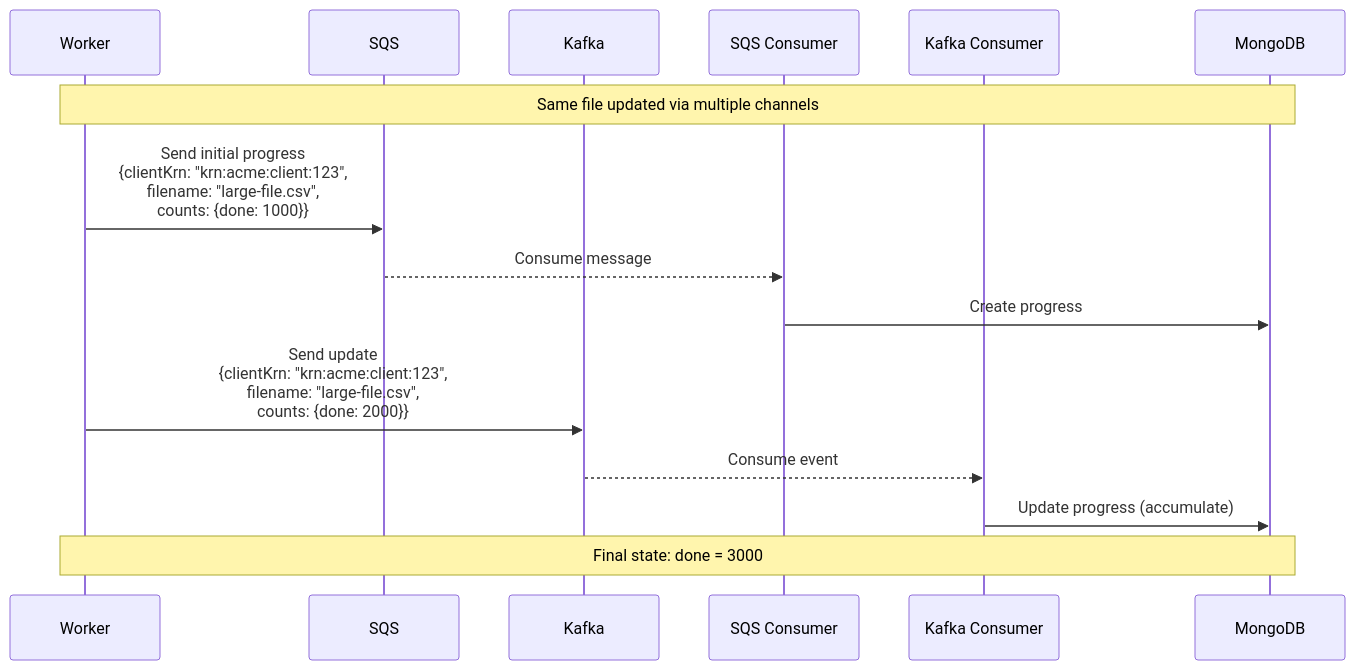
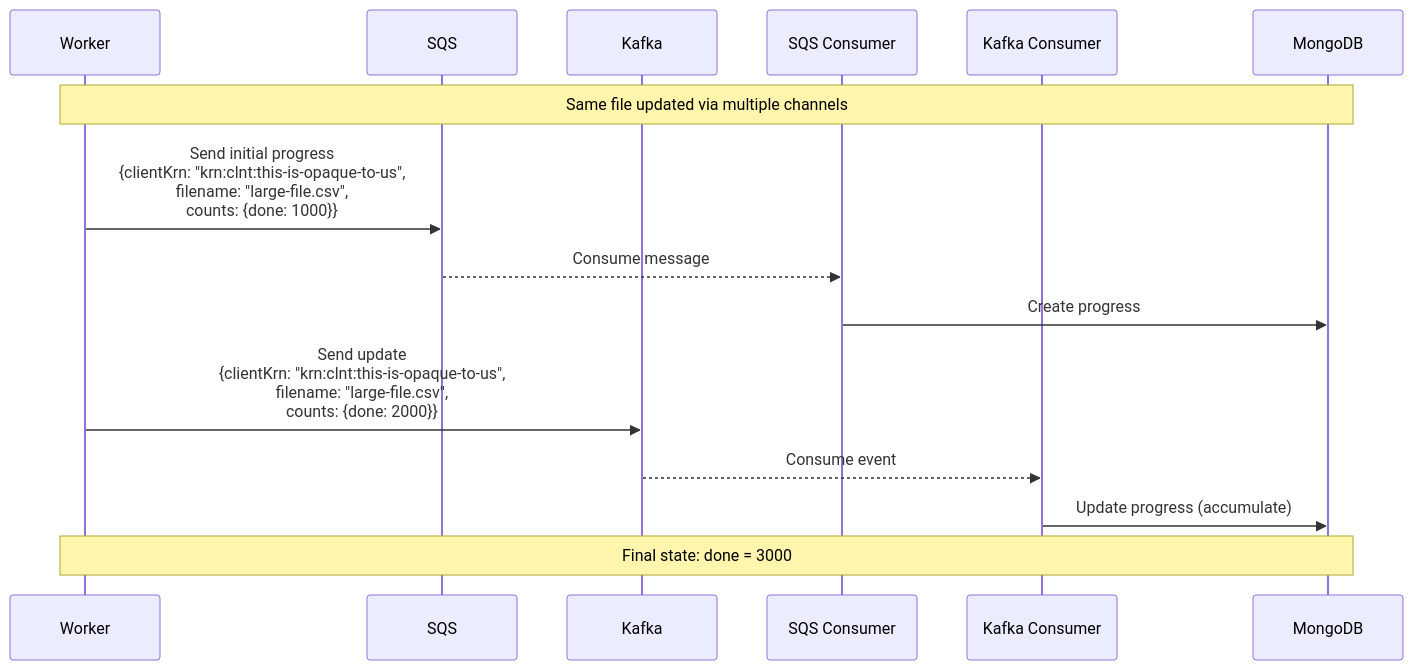
The sixth of 10 diagrams in use-cases.md (pirkus/pebbles), drawn with Mermaid before and after one commit. The commit also changed other lines of this file and 4 other files, not shown here.

Commit message:
Refactor client KRN to be opaque and generic across documentation

````diff
--- a/use-cases.md
+++ b/use-cases.md
@@ -452,23 +452,23 @@
 ```mermaid
 sequenceDiagram
     participant W as Worker
     participant SQ as SQS
     participant K as Kafka
     participant SC as SQS Consumer
     participant KC as Kafka Consumer
     participant D as MongoDB
     
     Note over W,D: Same file updated via multiple channels
     
-    W->>SQ: Send initial progress<br/>{clientKrn: "krn:acme:client:123",<br/>filename: "large-file.csv",<br/>counts: {done: 1000}}
+    W->>SQ: Send initial progress<br/>{clientKrn: "krn:clnt:this-is-opaque-to-us",<br/>filename: "large-file.csv",<br/>counts: {done: 1000}}
     
     SQ-->>SC: Consume message
     SC->>D: Create progress
     
-    W->>K: Send update<br/>{clientKrn: "krn:acme:client:123",<br/>filename: "large-file.csv",<br/>counts: {done: 2000}}
+    W->>K: Send update<br/>{clientKrn: "krn:clnt:this-is-opaque-to-us",<br/>filename: "large-file.csv",<br/>counts: {done: 2000}}
     
     K-->>KC: Consume event
     KC->>D: Update progress (accumulate)
     
     Note over W,D: Final state: done = 3000
 ```
````
